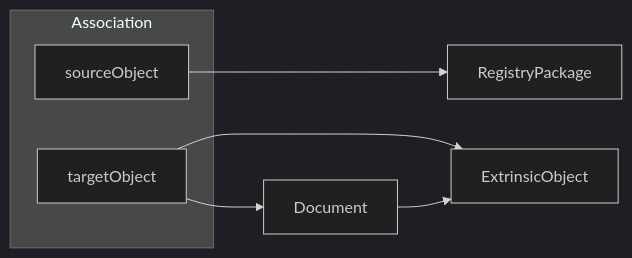
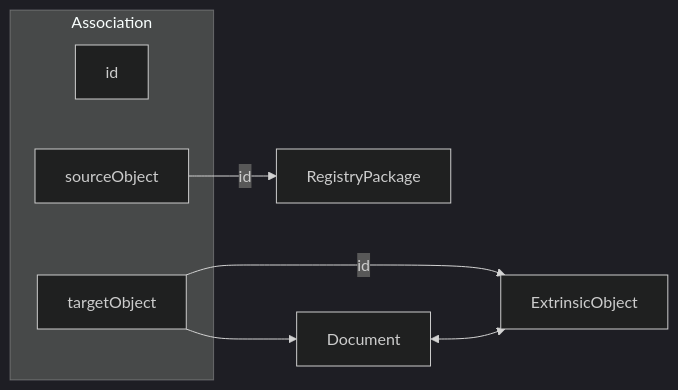
Before and after one commit to timmo-nhn/XcaDocumentSource: the second of 2 diagrams in Docs/XdsAndSoap.md, drawn with Mermaid. The commit also changed other lines of this file and 19 other files, not shown here.

````diff
--- a/Docs/XdsAndSoap.md
+++ b/Docs/XdsAndSoap.md
@@ -356,19 +356,20 @@
 ```mermaid
 %%{init: {'theme':'dark'}}%%
 
 graph LR
     ex[ExtrinsicObject]
     
     subgraph "Association"
+        id[id]
         so[sourceObject]
         to[targetObject]
     end
     
     re[RegistryPackage]
     do[Document]
 
-    so--->re
-    to-->ex
+    so--id-->re
+    to--id-->ex
     to-->do
-    do-->ex
+    do<-->ex
 ```
````
